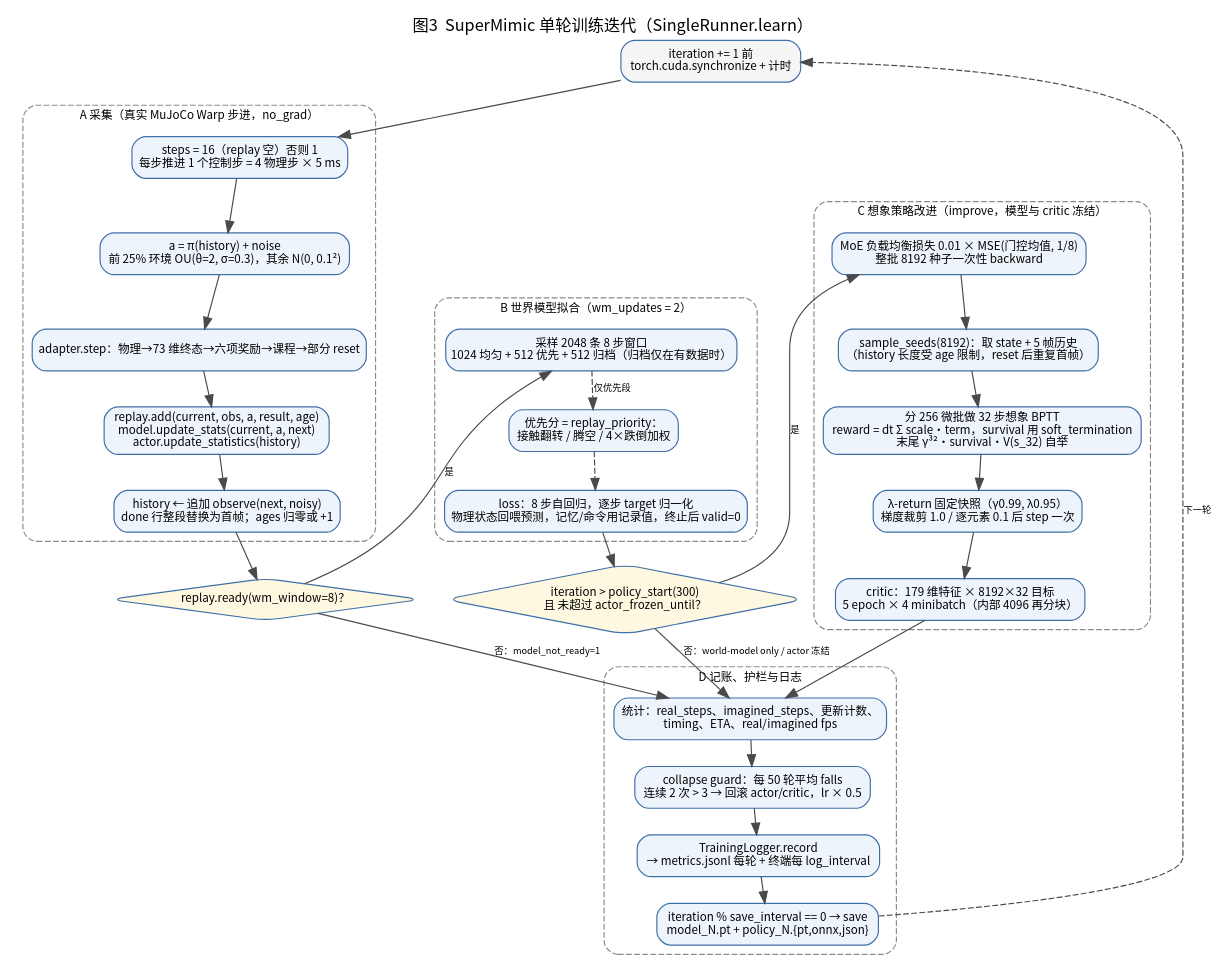
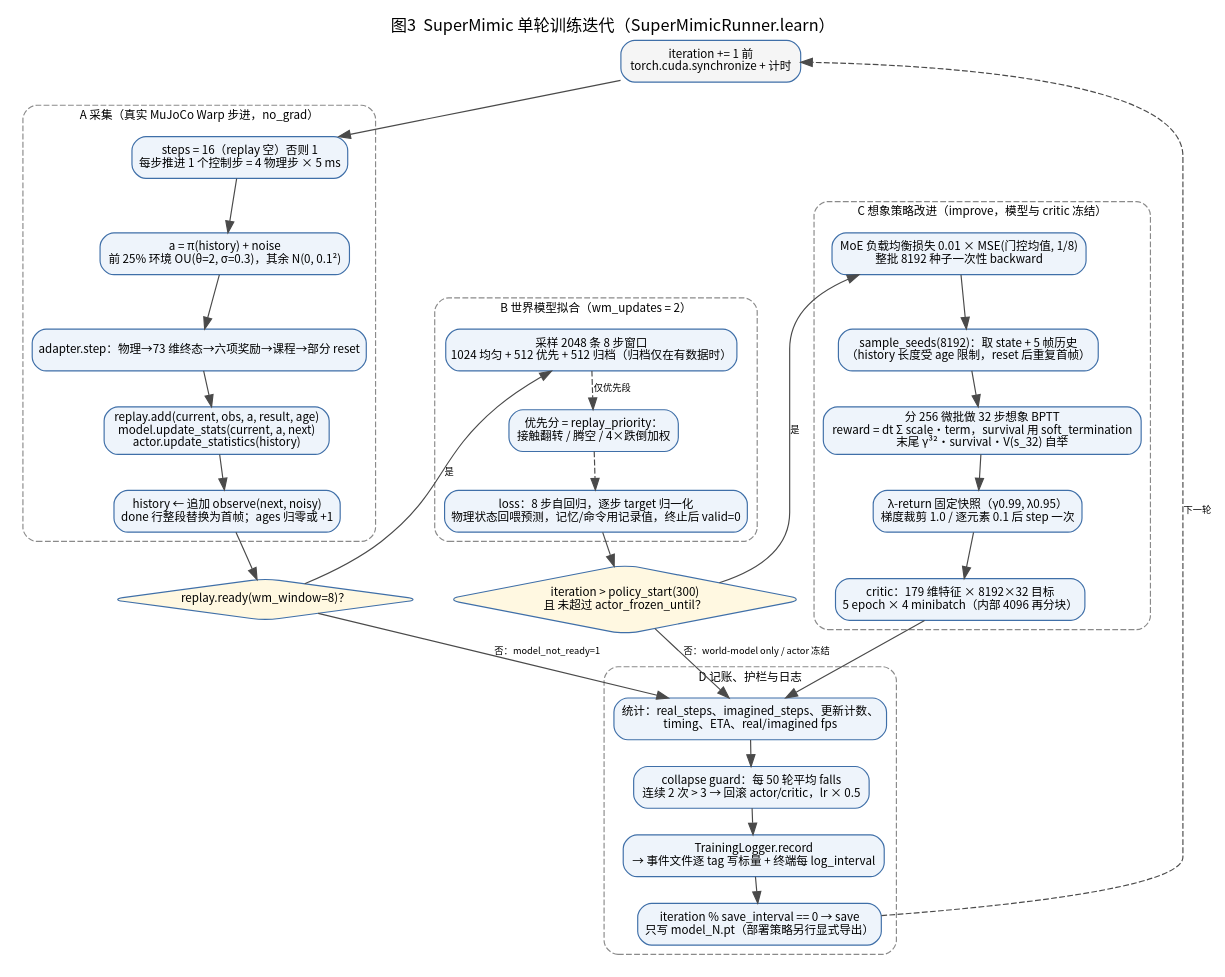
The diagram in docs/analysis/figures/03-iteration.dot (kkmjj0721/quadruped_lab), drawn with Graphviz before and after one commit. The commit also changed 56 other files, not shown here.

```diff
--- a/docs/analysis/figures/03-iteration.dot
+++ b/docs/analysis/figures/03-iteration.dot
@@ -1,59 +1,59 @@
 digraph G {
   graph [rankdir=TB, nodesep=0.28, ranksep=0.30, fontname="Noto Sans CJK SC", fontsize=14,
-         label="图3  SuperMimic 单轮训练迭代（SingleRunner.learn）", labelloc="t"];
+         label="图3  SuperMimic 单轮训练迭代（SuperMimicRunner.learn）", labelloc="t"];
   node [fontname="Noto Sans CJK SC", fontsize=10, shape=box, style="rounded,filled", fillcolor="#eef4fb", color="#3f6fa8"];
   edge [fontname="Noto Sans CJK SC", fontsize=8, color="#4a4a4a"];
 
   start [label="iteration += 1 前\ntorch.cuda.synchronize + 计时", shape=box, style="rounded,filled", fillcolor="#f5f5f5"];
 
   subgraph cluster_collect {
     label="A 采集（真实 MuJoCo Warp 步进，no_grad）"; style="rounded,dashed"; color="#8a8a8a"; fontsize=10;
     c1 [label="steps = 16（replay 空）否则 1\n每步推进 1 个控制步 = 4 物理步 × 5 ms"];
     c2 [label="a = π(history) + noise\n前 25% 环境 OU(θ=2, σ=0.3)，其余 N(0, 0.1²)"];
     c3 [label="adapter.step：物理→73 维终态→六项奖励→课程→部分 reset"];
     c4 [label="replay.add(current, obs, a, result, age)\nmodel.update_stats(current, a, next)\nactor.update_statistics(history)"];
     c5 [label="history ← 追加 observe(next, noisy)\ndone 行整段替换为首帧；ages 归零或 +1"];
     c1 -> c2 -> c3 -> c4 -> c5;
   }
 
   subgraph cluster_wm {
     label="B 世界模型拟合（wm_updates = 2）"; style="rounded,dashed"; color="#8a8a8a"; fontsize=10;
     w1 [label="采样 2048 条 8 步窗口\n1024 均匀 + 512 优先 + 512 归档（归档仅在有数据时）"];
     w2 [label="优先分 = replay_priority：\n接触翻转 / 腾空 / 4×跌倒加权"];
     w3 [label="loss：8 步自回归，逐步 target 归一化\n物理状态回喂预测，记忆/命令用记录值，终止后 valid=0"];
     w1 -> w2 [style=dashed, label="仅优先段"];
     w2 -> w3 [style=dashed];
   }
 
   gate [label="replay.ready(wm_window=8)？", shape=diamond, fillcolor="#fff8e1"];
   ctrl [label="iteration > policy_start(300)\n且 未超过 actor_frozen_until？", shape=diamond, fillcolor="#fff8e1"];
 
   subgraph cluster_ctl {
     label="C 想象策略改进（improve，模型与 critic 冻结）"; style="rounded,dashed"; color="#8a8a8a"; fontsize=10;
     i1 [label="MoE 负载均衡损失 0.01 × MSE(门控均值, 1/8)\n整批 8192 种子一次性 backward"];
     i2 [label="sample_seeds(8192)：取 state + 5 帧历史\n（history 长度受 age 限制，reset 后重复首帧）"];
     i3 [label="分 256 微批做 32 步想象 BPTT\nreward = dt Σ scale·term，survival 用 soft_termination\n末尾 γ³²·survival·V(s_32) 自举"];
     i4 [label="λ-return 固定快照（γ0.99, λ0.95）\n梯度裁剪 1.0 / 逐元素 0.1 后 step 一次"];
     i5 [label="critic：179 维特征 × 8192×32 目标\n5 epoch × 4 minibatch（内部 4096 再分块）"];
     i1 -> i2 -> i3 -> i4 -> i5;
   }
 
   subgraph cluster_tail {
     label="D 记账、护栏与日志"; style="rounded,dashed"; color="#8a8a8a"; fontsize=10;
     t1 [label="统计：real_steps、imagined_steps、更新计数、\ntiming、ETA、real/imagined fps"];
     t2 [label="collapse guard：每 50 轮平均 falls\n连续 2 次 > 3 → 回滚 actor/critic，lr × 0.5"];
-    t3 [label="TrainingLogger.record\n→ metrics.jsonl 每轮 + 终端每 log_interval"];
-    t4 [label="iteration % save_interval == 0 → save\nmodel_N.pt + policy_N.{pt,onnx,json}"];
+    t3 [label="TrainingLogger.record\n→ 事件文件逐 tag 写标量 + 终端每 log_interval"];
+    t4 [label="iteration % save_interval == 0 → save\n只写 model_N.pt（部署策略另行显式导出）"];
     t1 -> t2 -> t3 -> t4;
   }
 
   start -> c1;
   c5 -> gate;
   gate -> w1 [label="是"];
   gate -> t1 [label="否：model_not_ready=1"];
   w3 -> ctrl;
   ctrl -> i1 [label="是"];
   ctrl -> t1 [label="否：world-model only / actor 冻结"];
   i5 -> t1;
   t4 -> start [style=dashed, label="下一轮"];
 }
```
